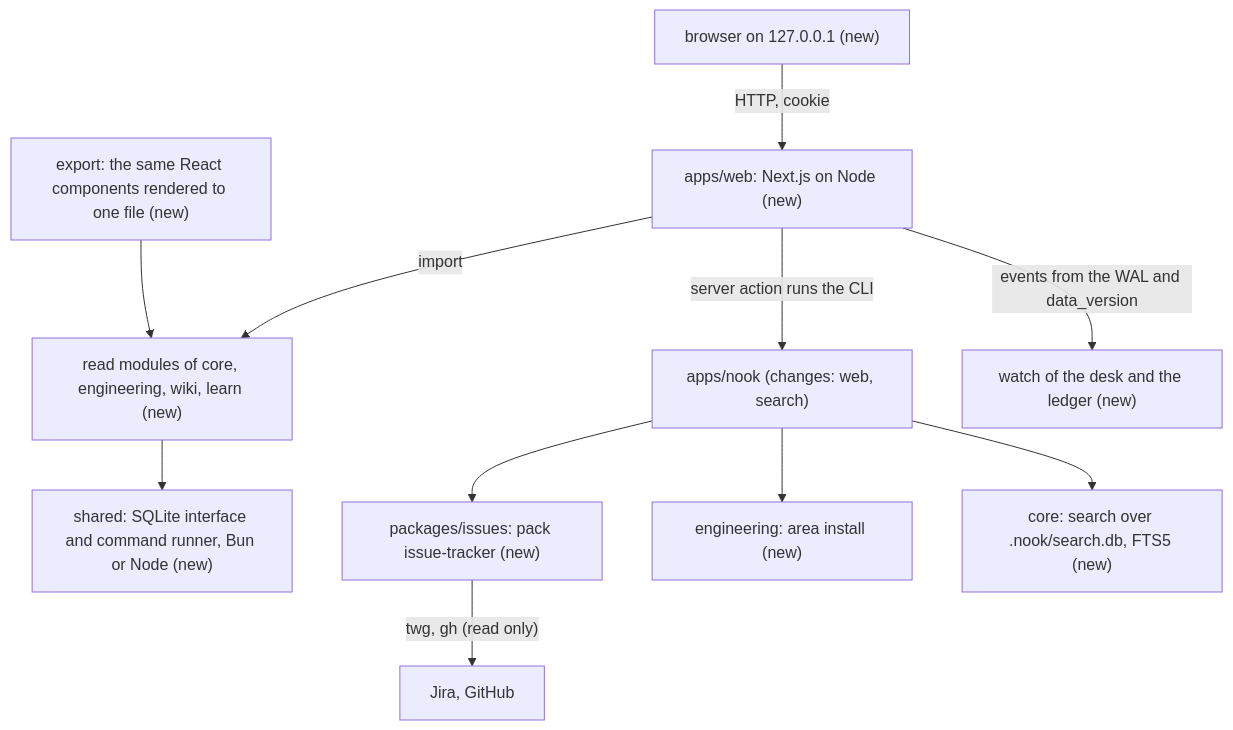
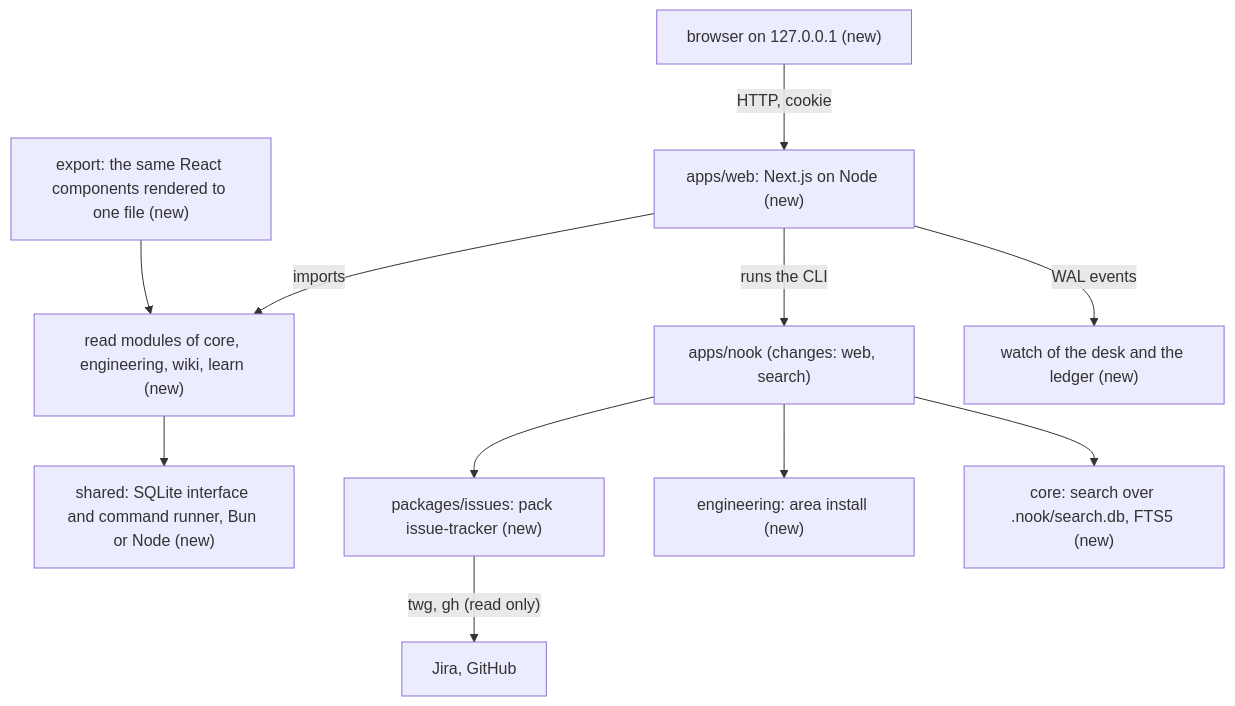
The second of 3 diagrams in docs/plan/v0.3.md (lamtran8401/nook), drawn with Mermaid before and after one commit. The commit also changed other lines of this file, not shown here.

Commit message:
Shorten the edge labels of the plan diagrams so they never overlap
A probe of the plan page found three pairs of labels on top of each
other. The edge details move into the nodes, and the fan-out labels of
the web app are one or two words.

Claude-Session: https://claude.ai/code/session_01KqGhVEfcy9HRJtNJzr4Zpz

````diff
--- a/docs/plan/v0.3.md
+++ b/docs/plan/v0.3.md
@@ -26,13 +26,13 @@
 ```mermaid
 flowchart TB
   browser["browser on 127.0.0.1 (new)"] -->|"HTTP, cookie"| web["apps/web: Next.js on Node (new)"]
-  web -->|"import"| read["read modules of core, engineering, wiki, learn (new)"]
-  web -->|"server action runs the CLI"| app["apps/nook (changes: web, search)"]
-  web -->|"events from the WAL and data_version"| watch["watch of the desk and the ledger (new)"]
+  web -->|"imports"| read["read modules of core, engineering, wiki, learn (new)"]
+  web -->|"runs the CLI"| app["apps/nook (changes: web, search)"]
+  web -->|"WAL events"| watch["watch of the desk and the ledger (new)"]
   read --> shared["shared: SQLite interface and command runner, Bun or Node (new)"]
   app --> issues["packages/issues: pack issue-tracker (new)"]
   issues -->|"twg, gh (read only)"| trackers["Jira, GitHub"]
   app --> install["engineering: area install (new)"]
   app --> search["core: search over .nook/search.db, FTS5 (new)"]
   export["export: the same React components rendered to one file (new)"] --> read
 ```
````
